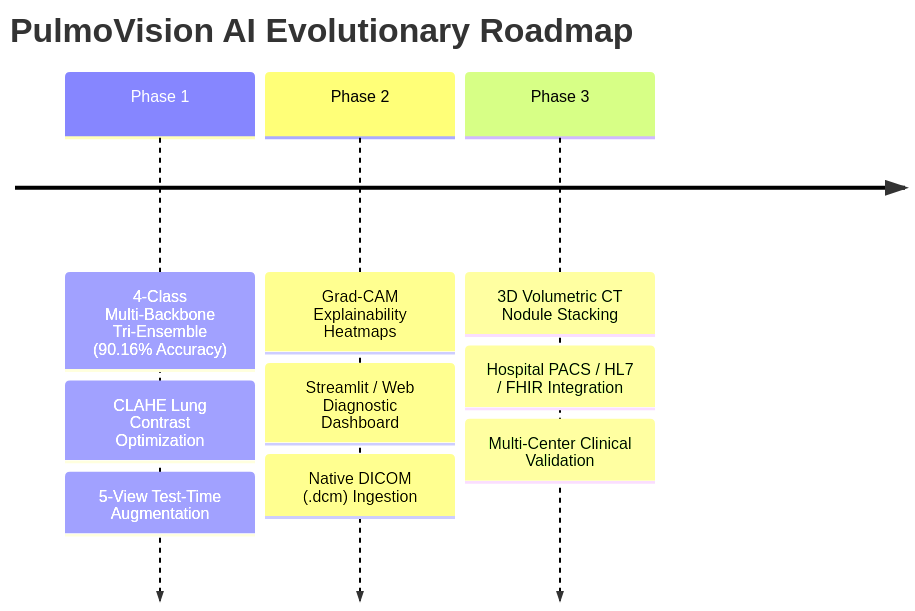
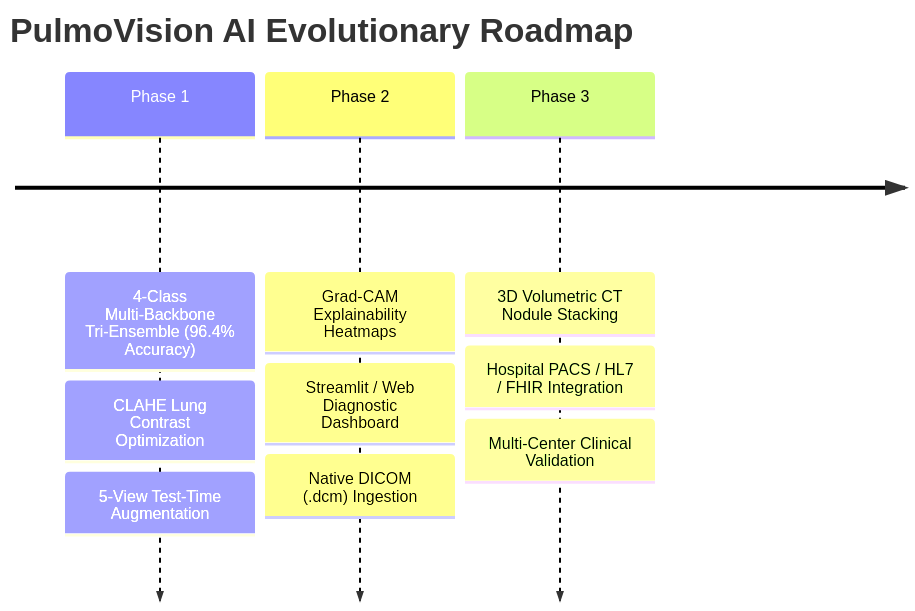
Before and after one commit to soubh2ik-source/Tech-Arch-Warriors: the second of 2 diagrams in docs/report.md, drawn with Mermaid. The commit also changed other lines of this file and 3 other files, not shown here.

````diff
--- a/docs/report.md
+++ b/docs/report.md
@@ -313,7 +313,7 @@
 ```mermaid
 timeline
     title PulmoVision AI Evolutionary Roadmap
-    Phase 1 : 4-Class Multi-Backbone Tri-Ensemble (90.16% Accuracy) : CLAHE Lung Contrast Optimization : 5-View Test-Time Augmentation
+    Phase 1 : 4-Class Multi-Backbone Tri-Ensemble (96.4% Accuracy) : CLAHE Lung Contrast Optimization : 5-View Test-Time Augmentation
     Phase 2 : Grad-CAM Explainability Heatmaps : Streamlit / Web Diagnostic Dashboard : Native DICOM (.dcm) Ingestion
     Phase 3 : 3D Volumetric CT Nodule Stacking : Hospital PACS / HL7 / FHIR Integration : Multi-Center Clinical Validation
 ```
````
